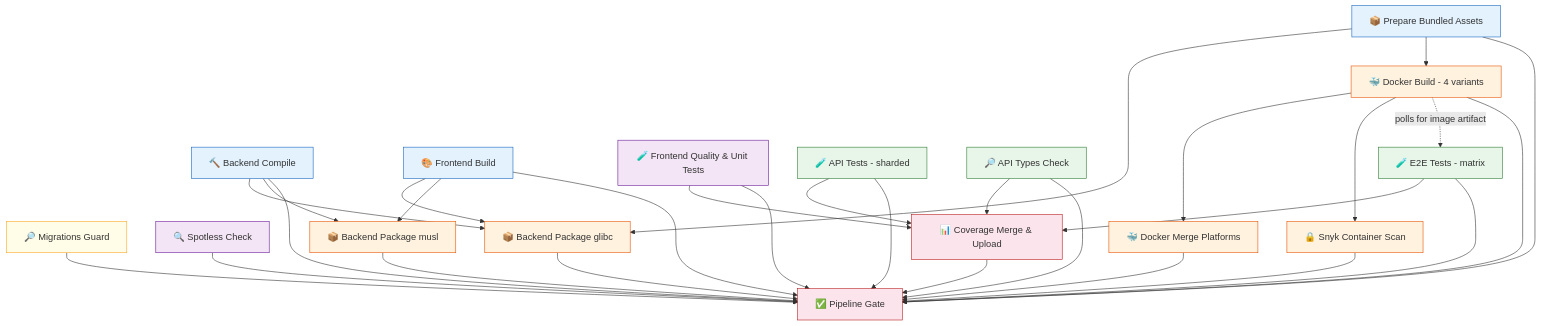
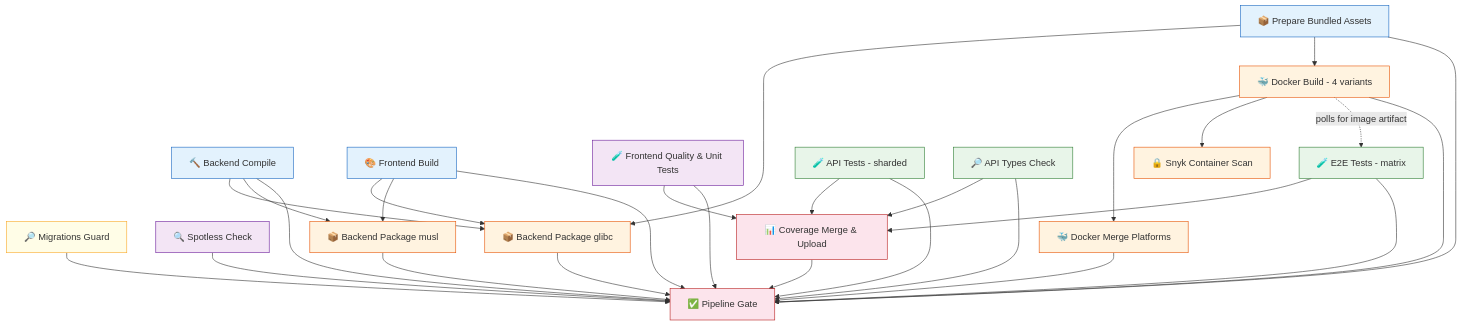
One commit to OpenAEV-Platform/openaev changed the diagram in .github/ci-pipeline-schema.md. Above: the diagram before and after it, drawn with Mermaid. The commit also changed other lines of this file and 7 other files, not shown here.

```diff
--- a/.github/ci-pipeline-schema.md
+++ b/.github/ci-pipeline-schema.md
@@ -61,7 +61,7 @@
     E2E --> COV
     ATC --> COV
 
-    %% ─── Pipeline Gate (depends on ALL jobs) ───
+    %% ─── Pipeline Gate (depends on all required jobs; Snyk is policy-driven) ───
     MG --> GATE
     BC --> GATE
     FB --> GATE
@@ -75,7 +75,6 @@
     BPM --> GATE
     DB --> GATE
     DM --> GATE
-    SD --> GATE
     COV --> GATE
 
     %% Styling
```
